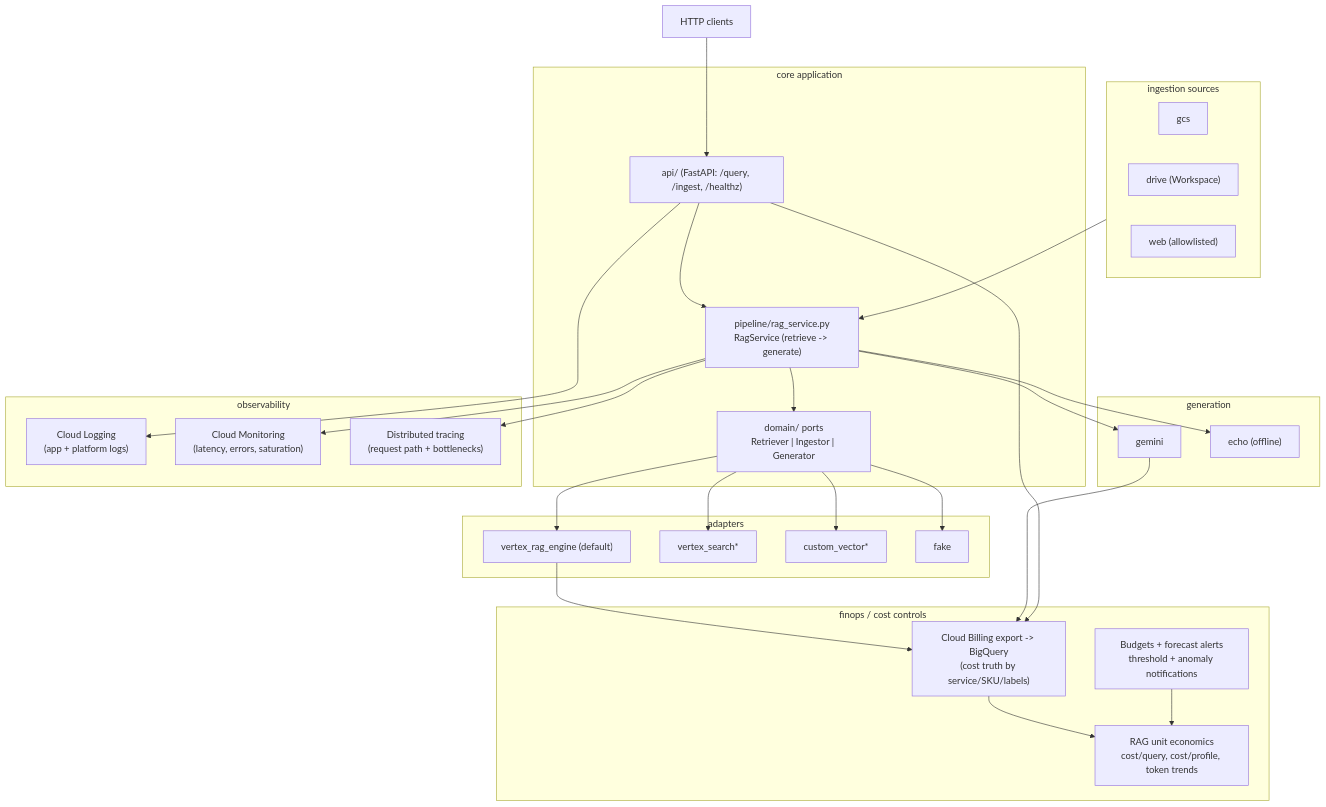
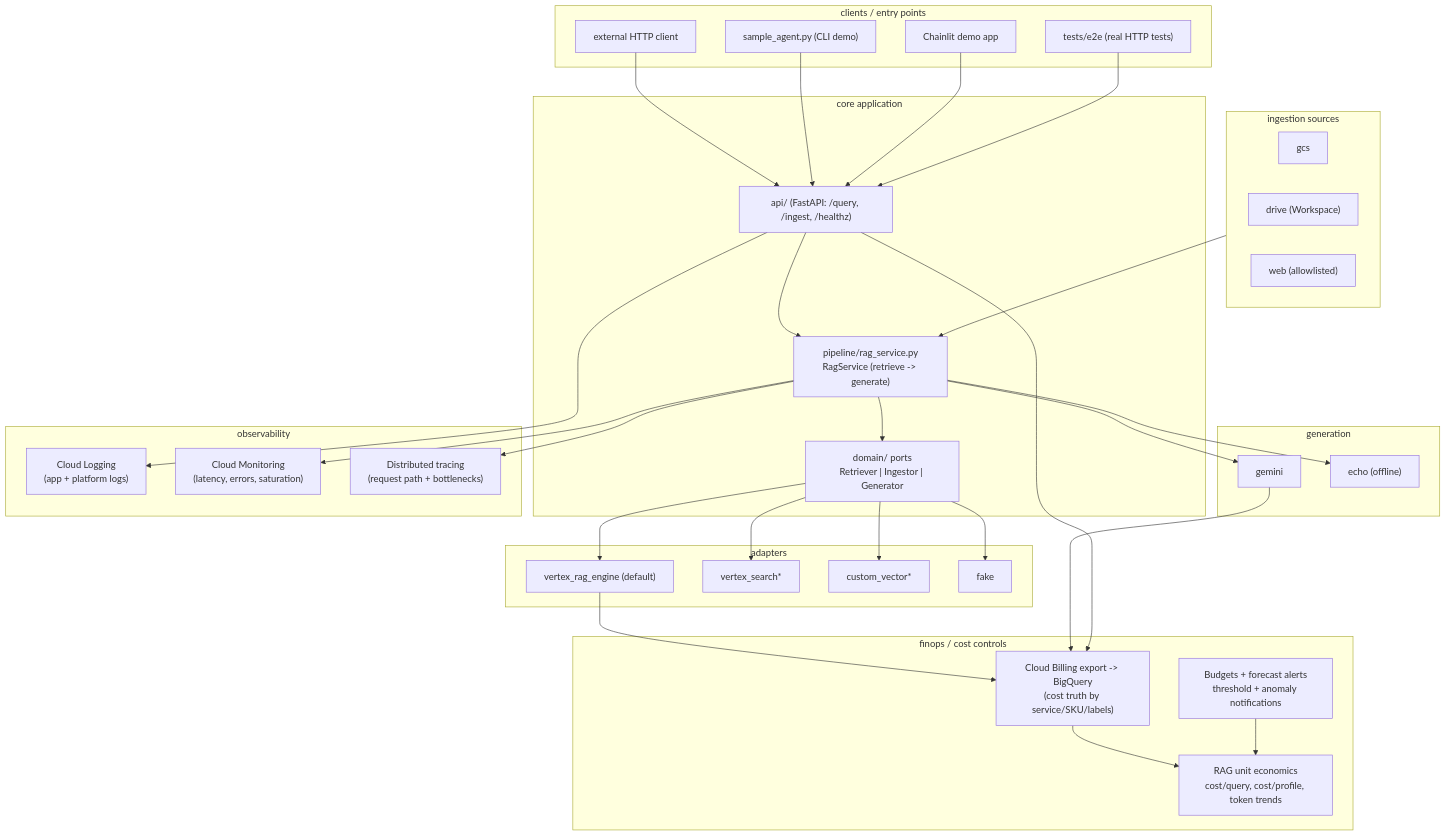
The first of 2 diagrams in docs/architecture.md (anothernoise/RAGonGCP), drawn with Mermaid before and after one commit. The commit also changed other lines of this file and 12 other files, not shown here.

First line of the commit message:
Add Chainlit demo, E2E tests, and architecture documentation updates.

````diff
--- a/docs/architecture.md
+++ b/docs/architecture.md
@@ -10,56 +10,66 @@
 ```mermaid
 flowchart TB
-  http["HTTP clients"] --> api["api/ (FastAPI: /query, /ingest, /healthz)"]
+  subgraph clients["clients / entry points"]
+    ext_http["external HTTP client"]
+    sample_agent["sample_agent.py (CLI demo)"]
+    chainlit["Chainlit demo app"]
+    e2e["tests/e2e (real HTTP tests)"]
+  end
+
+  ext_http --> api["api/ (FastAPI: /query, /ingest, /healthz)"]
+  sample_agent --> api
+  chainlit --> api
+  e2e --> api
 
   subgraph core["core application"]
     pipeline["pipeline/rag_service.py\nRagService (retrieve -> generate)"]
     domain["domain/ ports\nRetriever | Ingestor | Generator"]
     api --> pipeline --> domain
   end
 
   subgraph adapters["adapters"]
     vre["vertex_rag_engine (default)"]
     vs["vertex_search*"]
     cv["custom_vector*"]
     fake["fake"]
   end
 
   subgraph generation["generation"]
     gemini["gemini"]
     echo["echo (offline)"]
   end
 
   subgraph ingestion["ingestion sources"]
     gcs["gcs"]
     drive["drive (Workspace)"]
     web["web (allowlisted)"]
   end
 
   subgraph observability["observability"]
     logs["Cloud Logging\n(app + platform logs)"]
     metrics["Cloud Monitoring\n(latency, errors, saturation)"]
     traces["Distributed tracing\n(request path + bottlenecks)"]
   end
 
   subgraph finops["finops / cost controls"]
     billing["Cloud Billing export -> BigQuery\n(cost truth by service/SKU/labels)"]
     budgets["Budgets + forecast alerts\nthreshold + anomaly notifications"]
     unit["RAG unit economics\ncost/query, cost/profile, token trends"]
   end
 
   domain --> vre
   domain --> vs
   domain --> cv
   domain --> fake
   pipeline --> gemini
   pipeline --> echo
   ingestion --> pipeline
   api --> logs
   pipeline --> metrics
   pipeline --> traces
   vre --> billing
   gemini --> billing
   api --> billing
   billing --> unit
   budgets --> unit
 ```
````
